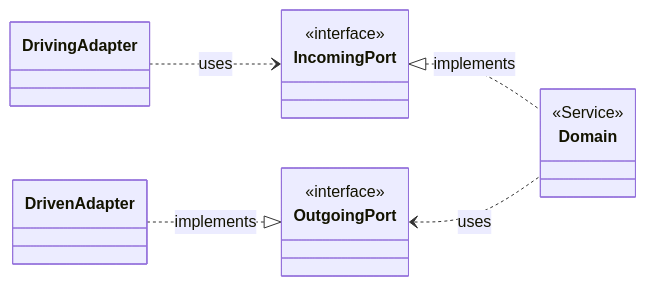
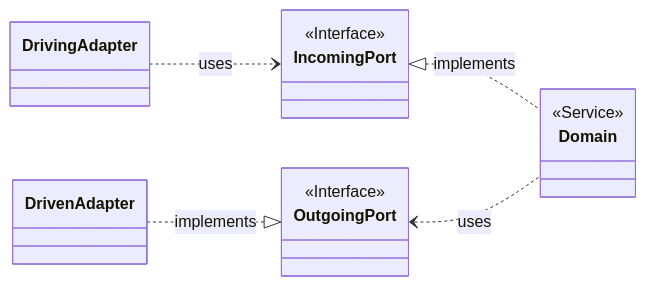
Before and after one commit to digitalservicebund/mitra-frontend: the first of 4 diagrams in doc/ARCHITECTURE.md, drawn with Mermaid. The commit also changed other lines of this file, not shown here.

Commit message:
Enhance architecture doc

````diff
--- a/doc/ARCHITECTURE.md
+++ b/doc/ARCHITECTURE.md
@@ -12,11 +10,11 @@
 ```mermaid
 classDiagram
   direction LR
   IncomingPort <|.. Domain : implements
   OutgoingPort <.. Domain : uses
   DrivingAdapter ..> IncomingPort : uses
   DrivenAdapter ..|> OutgoingPort : implements
   <<Service>> Domain
-  <<interface>> IncomingPort
-  <<interface>> OutgoingPort
+  <<Interface>> IncomingPort
+  <<Interface>> OutgoingPort
 ```
````
